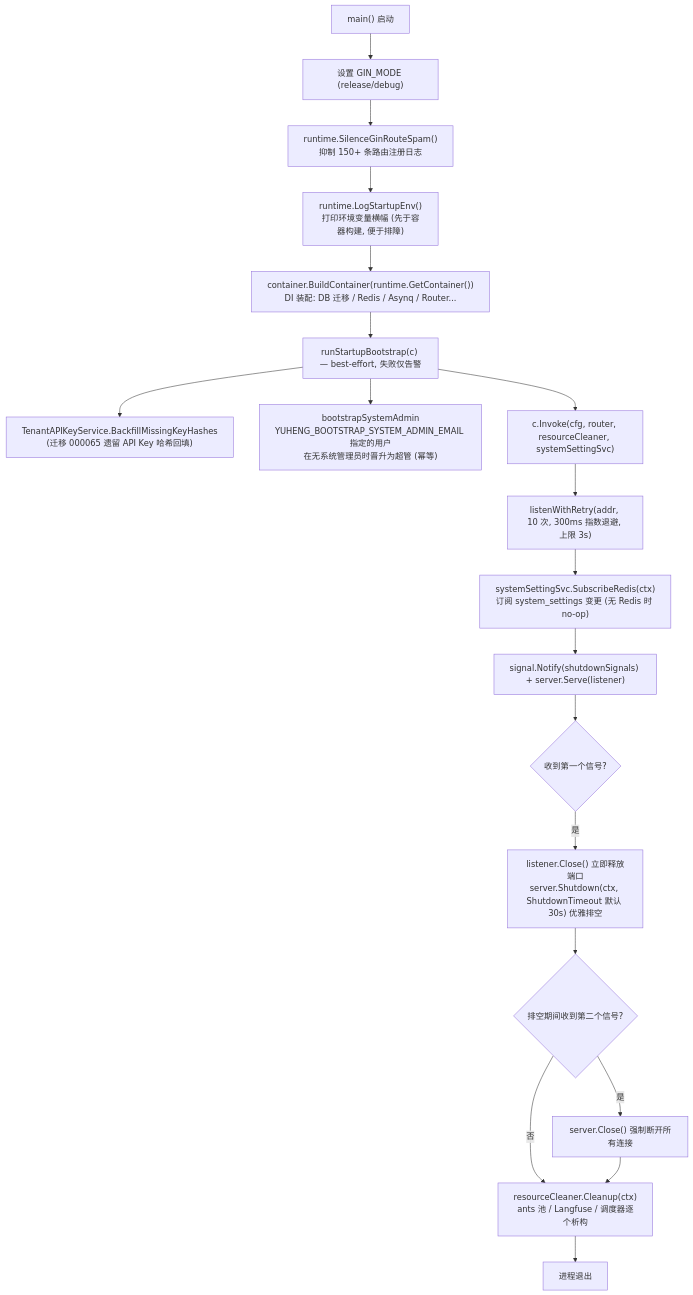
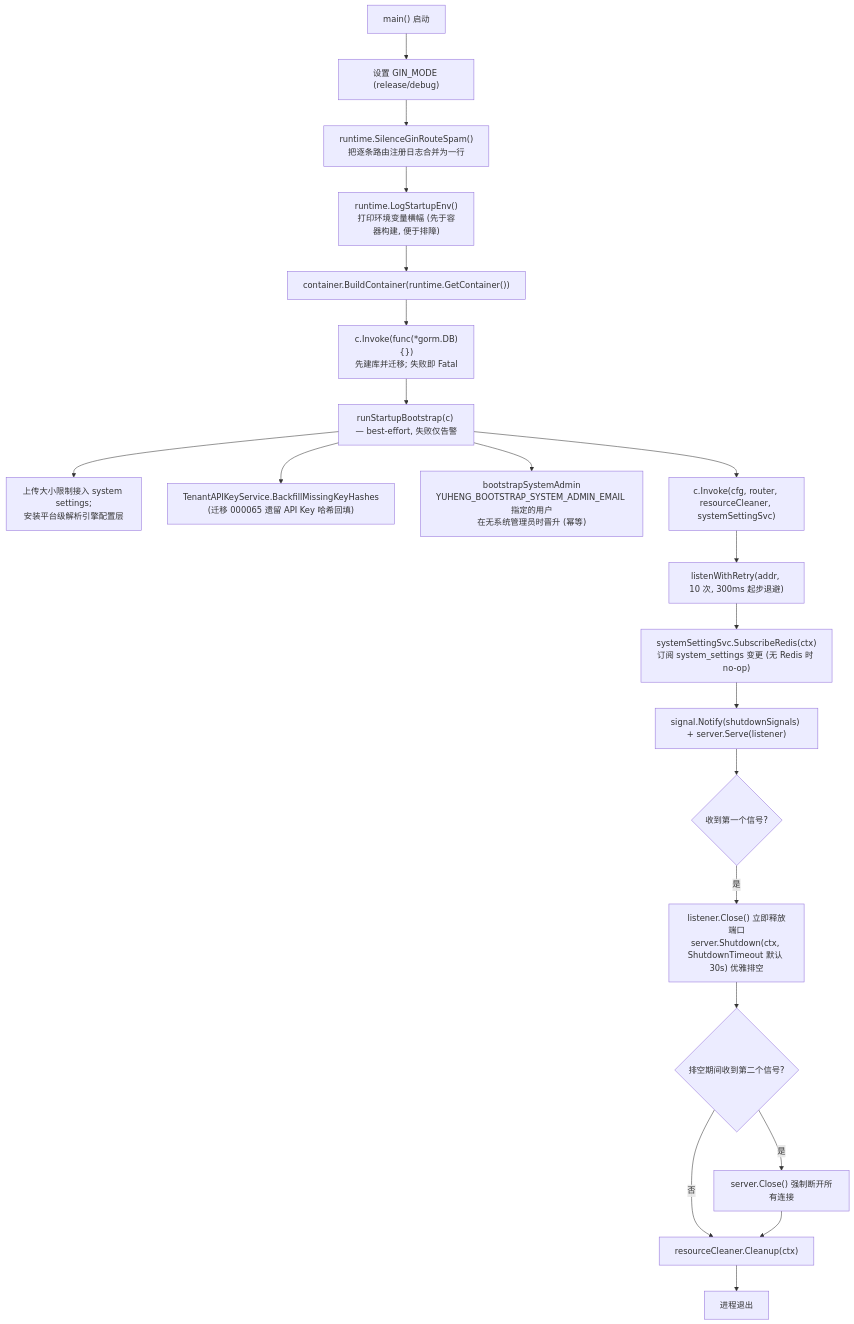
Before and after one commit to magicyuan876/Yuheng: the second of 3 diagrams in website-docs/02-architecture/02-backend-design.md, drawn with Mermaid. The commit also changed other lines of this file and 11 other files, not shown here.

First line of the commit message:
docs(site): getting started and architecture checked against the code

````diff
--- a/website-docs/02-architecture/02-backend-design.md
+++ b/website-docs/02-architecture/02-backend-design.md
@@ -106,21 +132,23 @@
 ```mermaid
 flowchart TD
     A["main() 启动"] --> B["设置 GIN_MODE (release/debug)"]
-    B --> C["runtime.SilenceGinRouteSpam()<br/>抑制 150+ 条路由注册日志"]
+    B --> C["runtime.SilenceGinRouteSpam()<br/>把逐条路由注册日志合并为一行"]
     C --> D["runtime.LogStartupEnv()<br/>打印环境变量横幅 (先于容器构建, 便于排障)"]
-    D --> E["container.BuildContainer(runtime.GetContainer())<br/>DI 装配: DB 迁移 / Redis / Asynq / Router..."]
-    E --> F["runStartupBootstrap(c) — best-effort, 失败仅告警"]
+    D --> E["container.BuildContainer(runtime.GetContainer())"]
+    E --> E1["c.Invoke(func(*gorm.DB){})<br/>先建库并迁移; 失败即 Fatal"]
+    E1 --> F["runStartupBootstrap(c) — best-effort, 失败仅告警"]
+    F --> F0["上传大小限制接入 system settings;<br/>安装平台级解析引擎配置层"]
     F --> F1["TenantAPIKeyService.BackfillMissingKeyHashes<br/>(迁移 000065 遗留 API Key 哈希回填)"]
-    F --> F2["bootstrapSystemAdmin<br/>YUHENG_BOOTSTRAP_SYSTEM_ADMIN_EMAIL 指定的用户<br/>在无系统管理员时晋升为超管 (幂等)"]
+    F --> F2["bootstrapSystemAdmin<br/>YUHENG_BOOTSTRAP_SYSTEM_ADMIN_EMAIL 指定的用户<br/>在无系统管理员时晋升 (幂等)"]
     F --> G["c.Invoke(cfg, router, resourceCleaner, systemSettingSvc)"]
-    G --> H["listenWithRetry(addr, 10 次, 300ms 指数退避, 上限 3s)"]
+    G --> H["listenWithRetry(addr, 10 次, 300ms 起步退避)"]
     H --> I["systemSettingSvc.SubscribeRedis(ctx)<br/>订阅 system_settings 变更 (无 Redis 时 no-op)"]
     I --> J["signal.Notify(shutdownSignals) + server.Serve(listener)"]
     J --> K{"收到第一个信号?"}
     K -->|是| L["listener.Close() 立即释放端口<br/>server.Shutdown(ctx, ShutdownTimeout 默认 30s) 优雅排空"]
     L --> M{"排空期间收到第二个信号?"}
     M -->|是| N["server.Close() 强制断开所有连接"]
-    M -->|否| O["resourceCleaner.Cleanup(ctx)<br/>ants 池 / Langfuse / 调度器逐个析构"]
+    M -->|否| O["resourceCleaner.Cleanup(ctx)"]
     N --> O
     O --> P["进程退出"]
 ```
````
